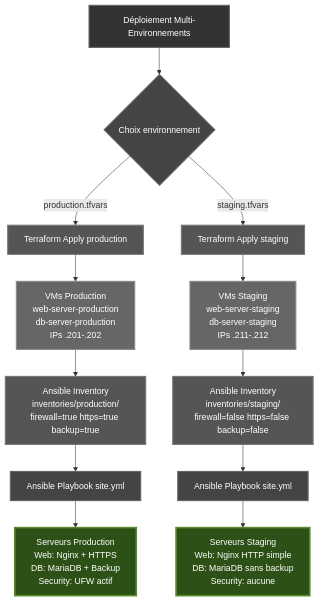
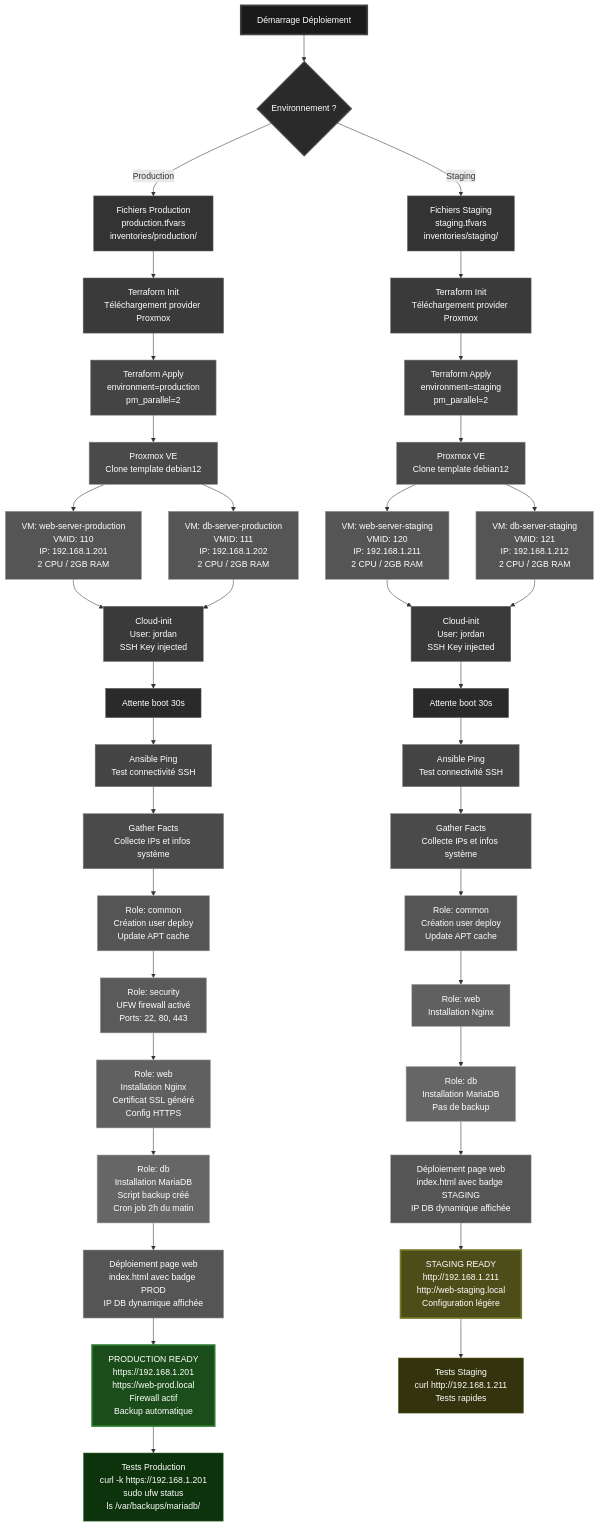
The diagram in README.md (Scrizik/Ansible_Terraform_VMWP), drawn with Mermaid before and after one commit.

Commit message:
Fix: Correction README.MD

````diff
--- a/README.md
+++ b/README.md
@@ -134,34 +134,92 @@
 ```mermaid
 flowchart TD
-    Start[Déploiement Multi-Environnements]
+    Start[Démarrage Déploiement] --> Choice{Environnement ?}
     
-    Start --> TFVars{Choix environnement}
+    Choice -->|Production| ProdFiles[Fichiers Production<br/>production.tfvars<br/>inventories/production/]
+    Choice -->|Staging| StageFiles[Fichiers Staging<br/>staging.tfvars<br/>inventories/staging/]
     
-    TFVars -->|production.tfvars| ProdTF[Terraform Apply production]
-    TFVars -->|staging.tfvars| StageTF[Terraform Apply staging]
+    ProdFiles --> TFInitProd[Terraform Init<br/>Téléchargement provider Proxmox]
+    StageFiles --> TFInitStage[Terraform Init<br/>Téléchargement provider Proxmox]
     
-    ProdTF --> ProdVMs[VMs Production<br/>web-server-production<br/>db-server-production<br/>IPs .201-.202]
-    StageTF --> StageVMs[VMs Staging<br/>web-server-staging<br/>db-server-staging<br/>IPs .211-.212]
+    TFInitProd --> TFApplyProd[Terraform Apply<br/>environment=production<br/>pm_parallel=2]
+    TFInitStage --> TFApplyStage[Terraform Apply<br/>environment=staging<br/>pm_parallel=2]
     
-    ProdVMs --> ProdInv[Ansible Inventory<br/>inventories/production/<br/>firewall=true https=true backup=true]
-    StageVMs --> StageInv[Ansible Inventory<br/>inventories/staging/<br/>firewall=false https=false backup=false]
+    TFApplyProd --> ProxmoxProd[Proxmox VE<br/>Clone template debian12]
+    TFApplyStage --> ProxmoxStage[Proxmox VE<br/>Clone template debian12]
     
-    ProdInv --> ProdPlay[Ansible Playbook site.yml]
-    StageInv --> StagePlay[Ansible Playbook site.yml]
+    ProxmoxProd --> VMWebProd[VM: web-server-production<br/>VMID: 110<br/>IP: 192.168.1.201<br/>2 CPU / 2GB RAM]
+    ProxmoxProd --> VMDBProd[VM: db-server-production<br/>VMID: 111<br/>IP: 192.168.1.202<br/>2 CPU / 2GB RAM]
     
-    ProdPlay --> ProdFinal[Serveurs Production<br/>Web: Nginx + HTTPS<br/>DB: MariaDB + Backup<br/>Security: UFW actif]
-    StagePlay --> StageFinal[Serveurs Staging<br/>Web: Nginx HTTP simple<br/>DB: MariaDB sans backup<br/>Security: aucune]
+    ProxmoxStage --> VMWebStage[VM: web-server-staging<br/>VMID: 120<br/>IP: 192.168.1.211<br/>2 CPU / 2GB RAM]
+    ProxmoxStage --> VMDBStage[VM: db-server-staging<br/>VMID: 121<br/>IP: 192.168.1.212<br/>2 CPU / 2GB RAM]
     
-    style Start fill:#333,stroke:#666,color:#fff,stroke-width:2px
-    style TFVars fill:#444,stroke:#666,color:#fff,stroke-width:2px
-    style ProdTF fill:#555,stroke:#777,color:#fff,stroke-width:2px
-    style StageTF fill:#555,stroke:#777,color:#fff,stroke-width:2px
-    style ProdVMs fill:#666,stroke:#888,color:#fff,stroke-width:2px
-    style StageVMs fill:#666,stroke:#888,color:#fff,stroke-width:2px
-    style ProdInv fill:#555,stroke:#777,color:#fff,stroke-width:2px
-    style StageInv fill:#555,stroke:#777,color:#fff,stroke-width:2px
-    style ProdPlay fill:#444,stroke:#666,color:#fff,stroke-width:2px
-    style StagePlay fill:#444,stroke:#666,color:#fff,stroke-width:2px
-    style ProdFinal fill:#2d5016,stroke:#5a8a2d,color:#fff,stroke-width:3px
-    style StageFinal fill:#2d5016,stroke:#5a8a2d,color:#fff,stroke-width:3px
+    VMWebProd --> CloudInitProd[Cloud-init<br/>User: jordan<br/>SSH Key injected]
+    VMDBProd --> CloudInitProd
+    VMWebStage --> CloudInitStage[Cloud-init<br/>User: jordan<br/>SSH Key injected]
+    VMDBStage --> CloudInitStage
+    
+    CloudInitProd --> WaitProd[Attente boot 30s]
+    CloudInitStage --> WaitStage[Attente boot 30s]
+    
+    WaitProd --> AnsiblePingProd[Ansible Ping<br/>Test connectivité SSH]
+    WaitStage --> AnsiblePingStage[Ansible Ping<br/>Test connectivité SSH]
+    
+    AnsiblePingProd --> AnsibleFactsProd[Gather Facts<br/>Collecte IPs et infos système]
+    AnsiblePingStage --> AnsibleFactsStage[Gather Facts<br/>Collecte IPs et infos système]
+    
+    AnsibleFactsProd --> RoleCommonProd[Role: common<br/>Création user deploy<br/>Update APT cache]
+    AnsibleFactsStage --> RoleCommonStage[Role: common<br/>Création user deploy<br/>Update APT cache]
+    
+    RoleCommonProd --> RoleSecProd[Role: security<br/>UFW firewall activé<br/>Ports: 22, 80, 443]
+    RoleCommonStage --> RoleWebStage[Role: web<br/>Installation Nginx]
+    
+    RoleSecProd --> RoleWebProd[Role: web<br/>Installation Nginx<br/>Certificat SSL généré<br/>Config HTTPS]
+    
+    RoleWebProd --> RoleDBProd[Role: db<br/>Installation MariaDB<br/>Script backup créé<br/>Cron job 2h du matin]
+    RoleWebStage --> RoleDBStage[Role: db<br/>Installation MariaDB<br/>Pas de backup]
+    
+    RoleDBProd --> DeployPageProd[Déploiement page web<br/>index.html avec badge PROD<br/>IP DB dynamique affichée]
+    RoleDBStage --> DeployPageStage[Déploiement page web<br/>index.html avec badge STAGING<br/>IP DB dynamique affichée]
+    
+    DeployPageProd --> FinalProd[PRODUCTION READY<br/>https://192.168.1.201<br/>https://web-prod.local<br/>Firewall actif<br/>Backup automatique]
+    DeployPageStage --> FinalStage[STAGING READY<br/>http://192.168.1.211<br/>http://web-staging.local<br/>Configuration légère]
+    
+    FinalProd --> TestProd[Tests Production<br/>curl -k https://192.168.1.201<br/>sudo ufw status<br/>ls /var/backups/mariadb/]
+    FinalStage --> TestStage[Tests Staging<br/>curl http://192.168.1.211<br/>Tests rapides]
+    
+    style Start fill:#1a1a1a,stroke:#444,color:#fff,stroke-width:3px
+    style Choice fill:#2a2a2a,stroke:#555,color:#fff,stroke-width:2px
+    style ProdFiles fill:#333,stroke:#666,color:#fff
+    style StageFiles fill:#333,stroke:#666,color:#fff
+    style TFInitProd fill:#3a3a3a,stroke:#666,color:#fff
+    style TFInitStage fill:#3a3a3a,stroke:#666,color:#fff
+    style TFApplyProd fill:#444,stroke:#777,color:#fff
+    style TFApplyStage fill:#444,stroke:#777,color:#fff
+    style ProxmoxProd fill:#4a4a4a,stroke:#888,color:#fff
+    style ProxmoxStage fill:#4a4a4a,stroke:#888,color:#fff
+    style VMWebProd fill:#555,stroke:#999,color:#fff
+    style VMDBProd fill:#555,stroke:#999,color:#fff
+    style VMWebStage fill:#555,stroke:#999,color:#fff
+    style VMDBStage fill:#555,stroke:#999,color:#fff
+    style CloudInitProd fill:#3a3a3a,stroke:#666,color:#fff
+    style CloudInitStage fill:#3a3a3a,stroke:#666,color:#fff
+    style WaitProd fill:#2a2a2a,stroke:#555,color:#fff
+    style WaitStage fill:#2a2a2a,stroke:#555,color:#fff
+    style AnsiblePingProd fill:#444,stroke:#777,color:#fff
+    style AnsiblePingStage fill:#444,stroke:#777,color:#fff
+    style AnsibleFactsProd fill:#4a4a4a,stroke:#888,color:#fff
+    style AnsibleFactsStage fill:#4a4a4a,stroke:#888,color:#fff
+    style RoleCommonProd fill:#555,stroke:#999,color:#fff
+    style RoleCommonStage fill:#555,stroke:#999,color:#fff
+    style RoleSecProd fill:#5a5a5a,stroke:#aaa,color:#fff
+    style RoleWebProd fill:#606060,stroke:#aaa,color:#fff
+    style RoleWebStage fill:#606060,stroke:#aaa,color:#fff
+    style RoleDBProd fill:#666,stroke:#bbb,color:#fff
+    style RoleDBStage fill:#666,stroke:#bbb,color:#fff
+    style DeployPageProd fill:#555,stroke:#999,color:#fff
+    style DeployPageStage fill:#555,stroke:#999,color:#fff
+    style FinalProd fill:#1a4d1a,stroke:#2d7a2d,color:#fff,stroke-width:3px
+    style FinalStage fill:#4d4d1a,stroke:#7a7a2d,color:#fff,stroke-width:3px
+    style TestProd fill:#0d330d,stroke:#1a5c1a,color:#fff
+    style TestStage fill:#33330d,stroke:#5c5c1a,color:#fff
 ```
````
